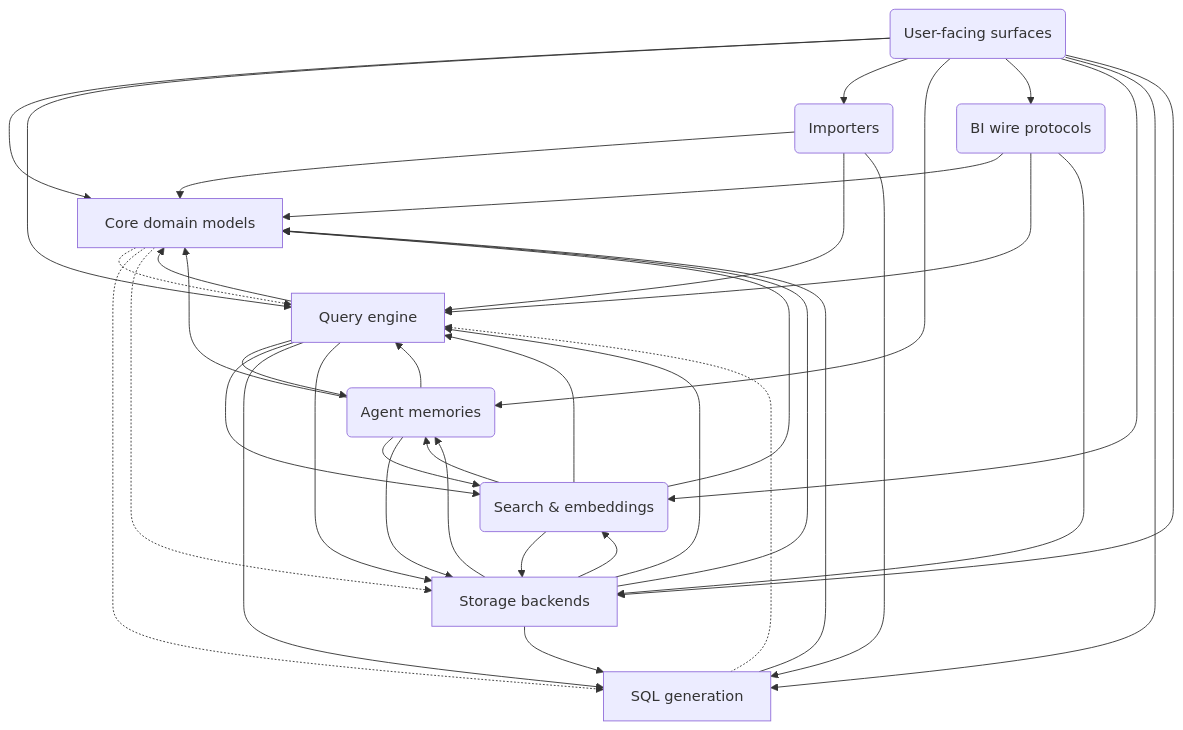
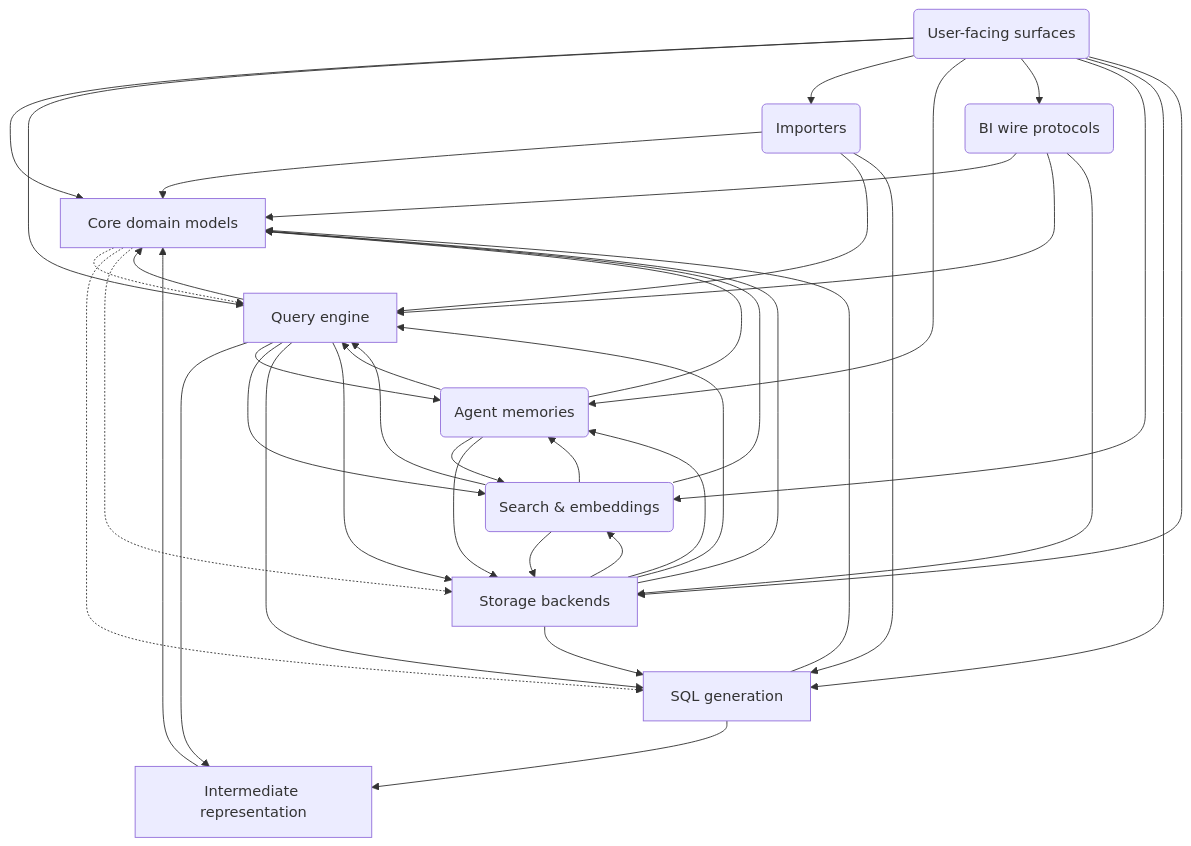
One commit to MotleyAI/slayer changed the diagram in architecture/system.arc42.md. Above: the diagram before and after it, drawn with Mermaid. The commit also changed other lines of this file and 111 other files, not shown here.

First line of the commit message:
DEV-1872: extract slayer/ir — move the shared intermediate representation out of engine

````diff
--- a/architecture/system.arc42.md
+++ b/architecture/system.arc42.md
@@ -17,50 +17,53 @@
 ```mermaid
 flowchart TD
   %% landscape: SLayer landscape
   core["Core domain models"]
   sql["SQL generation"]
   engine["Query engine"]
+  ir["Intermediate representation"]
   storage["Storage backends"]
   importers("Importers")
   search("Search & embeddings")
   memories("Agent memories")
   protocols("BI wire protocols")
   surfaces("User-facing surfaces")
   core -.-> engine
   core -.-> sql
   core -.-> storage
   engine --> core
+  engine --> ir
   engine --> memories
   engine --> search
   engine --> sql
   engine --> storage
   importers --> core
   importers --> engine
   importers --> sql
+  ir --> core
   memories --> core
   memories --> engine
   memories --> search
   memories --> storage
   protocols --> core
   protocols --> engine
   protocols --> storage
   search --> core
   search --> engine
   search --> memories
   search --> storage
   sql --> core
-  sql -.-> engine
+  sql --> ir
   storage --> core
   storage --> engine
   storage --> memories
   storage --> search
   storage --> sql
   surfaces --> core
   surfaces --> engine
   surfaces --> importers
   surfaces --> memories
   surfaces --> protocols
   surfaces --> search
   surfaces --> sql
   surfaces --> storage
 ```
````
